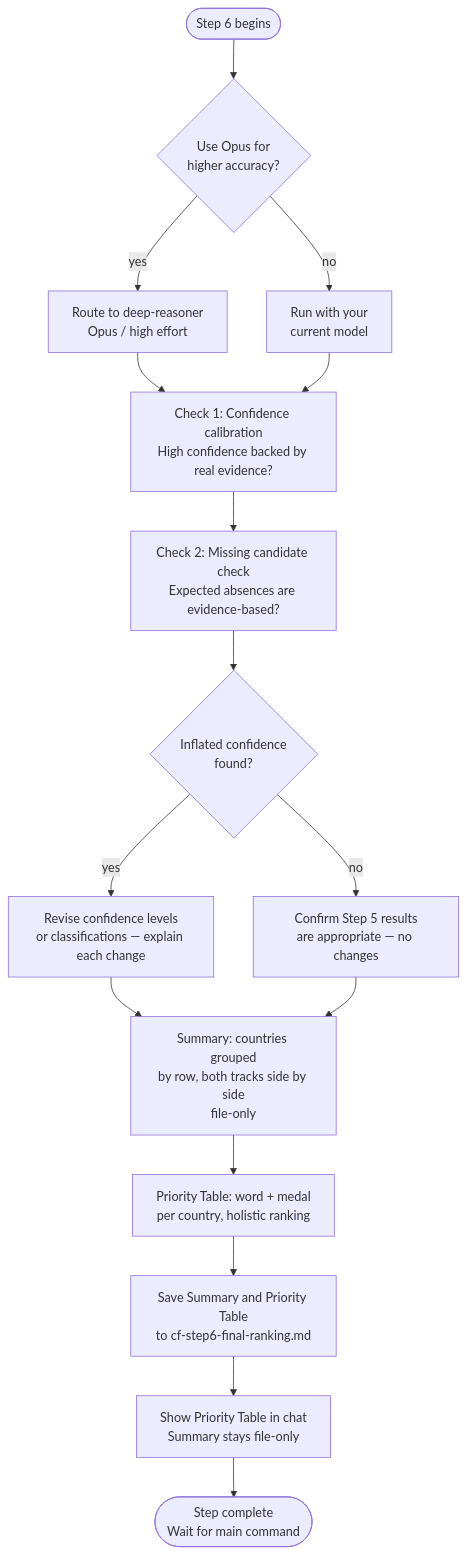
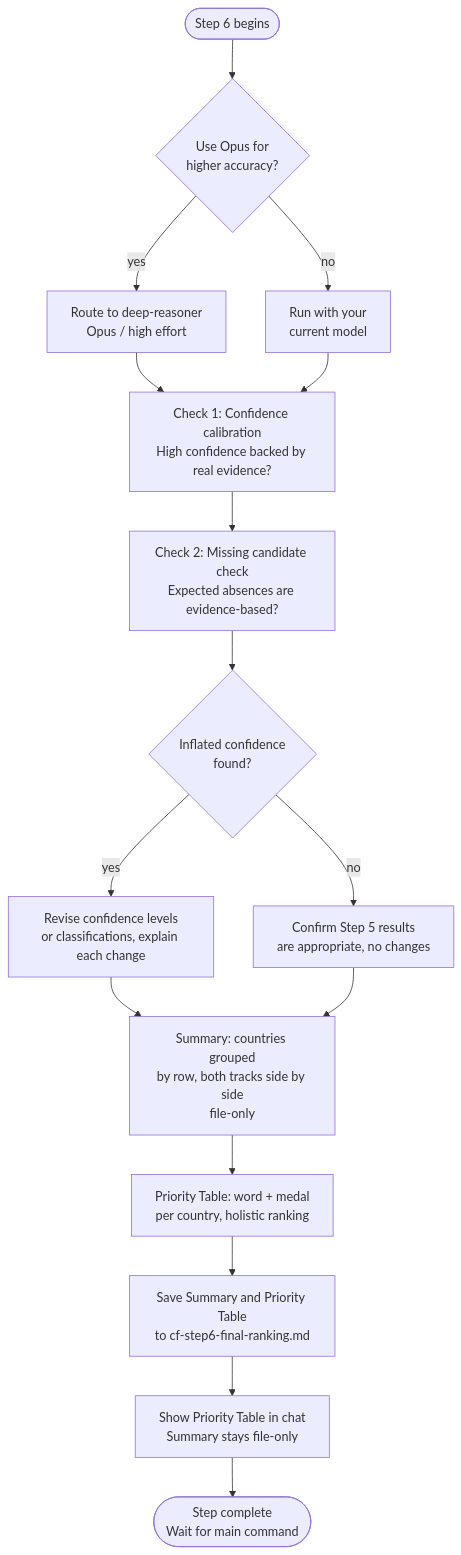
One commit to myowinthein/agent-compass changed the diagram in docs/commands/country-finder/step6-final-ranking.md. Above: the diagram before and after it, drawn with Mermaid. The commit also changed other lines of this file and 19 other files, not shown here.

````diff
--- a/docs/commands/country-finder/step6-final-ranking.md
+++ b/docs/commands/country-finder/step6-final-ranking.md
@@ -14,18 +14,18 @@
 ```mermaid
 flowchart TD
   Start([Step 6 begins]) --> OpusQ{Use Opus for\nhigher accuracy?}
   OpusQ -->|yes| DeepReasoner[Route to deep-reasoner\nOpus / high effort]
   OpusQ -->|no| CurrentModel[Run with your\ncurrent model]
   DeepReasoner --> C1
   CurrentModel --> C1[Check 1: Confidence calibration\nHigh confidence backed by real evidence?]
   C1 --> C2[Check 2: Missing candidate check\nExpected absences are evidence-based?]
   C2 --> Recal{Inflated confidence\nfound?}
-  Recal -->|yes| Revise[Revise confidence levels\nor classifications — explain each change]
-  Recal -->|no| Confirm[Confirm Step 5 results\nare appropriate — no changes]
+  Recal -->|yes| Revise[Revise confidence levels\nor classifications, explain each change]
+  Recal -->|no| Confirm[Confirm Step 5 results\nare appropriate, no changes]
   Revise --> Summary[Summary: countries grouped\nby row, both tracks side by side\nfile-only]
   Confirm --> Summary
   Summary --> Priority[Priority Table: word + medal\nper country, holistic ranking]
   Priority --> Save[Save Summary and Priority Table\nto cf-step6-final-ranking.md]
   Save --> ShowTable[Show Priority Table in chat\nSummary stays file-only]
   ShowTable --> Done([Step complete\nWait for main command])
 ```
````
